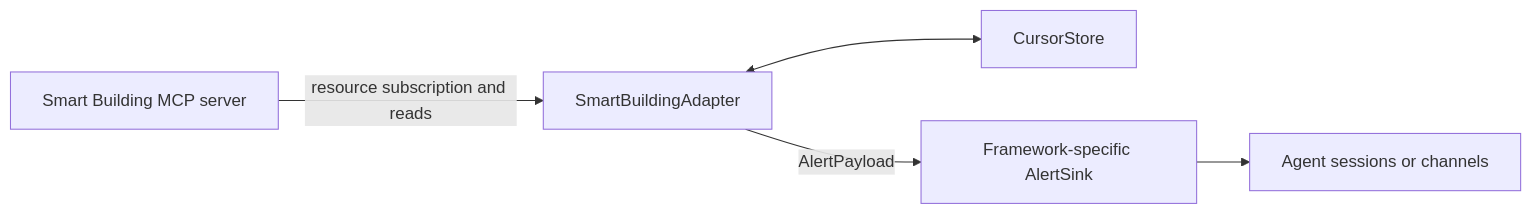
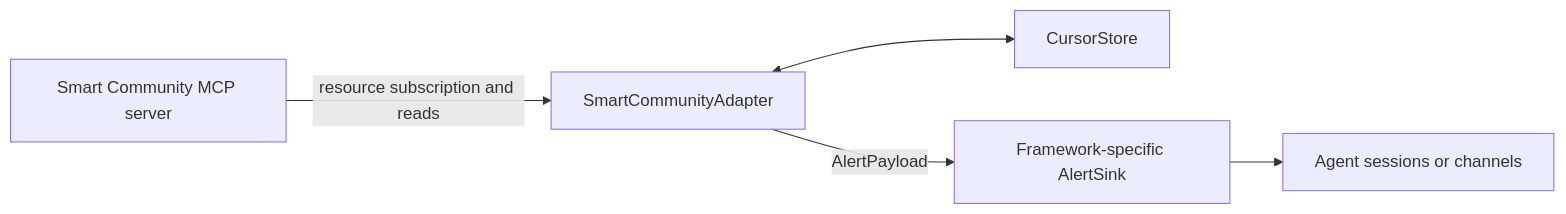
One commit to jbuksinski-intel/metro-ai-suite changed the diagram in agentic-smart-community/packages/framework-adapter-sdk/README.md. Above: the diagram before and after it, drawn with Mermaid. The commit also changed other lines of this file and 119 other files, not shown here.

Commit message:
[Agentic-Smart-Community] Standardize naming globally (#3684)

````diff
--- a/agentic-smart-community/packages/framework-adapter-sdk/README.md
+++ b/agentic-smart-community/packages/framework-adapter-sdk/README.md
@@ -9,13 +9,13 @@
 ```mermaid
 flowchart LR
-		Server[Smart Building MCP server]
-		Adapter[SmartBuildingAdapter]
+		Server[Smart Community MCP server]
+		Adapter[SmartCommunityAdapter]
 		Cursor[CursorStore]
 		Sink[Framework-specific AlertSink]
 		Host[Agent sessions or channels]
 
 		Server -->|resource subscription and reads| Adapter
 		Adapter <--> Cursor
 		Adapter -->|AlertPayload| Sink
 		Sink --> Host
 ```
````
